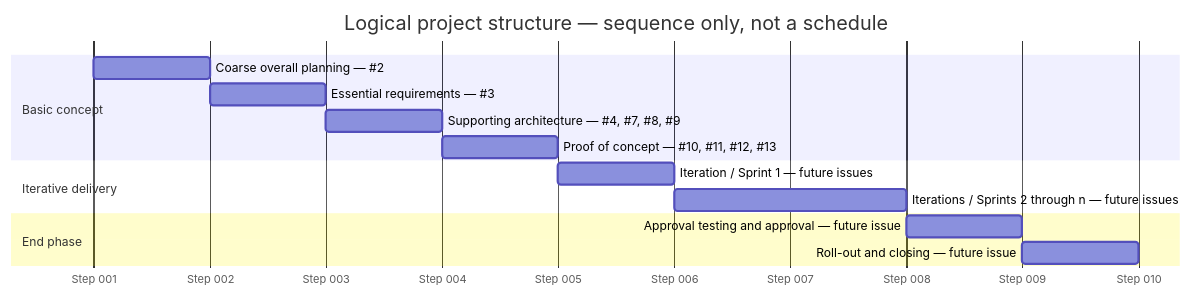
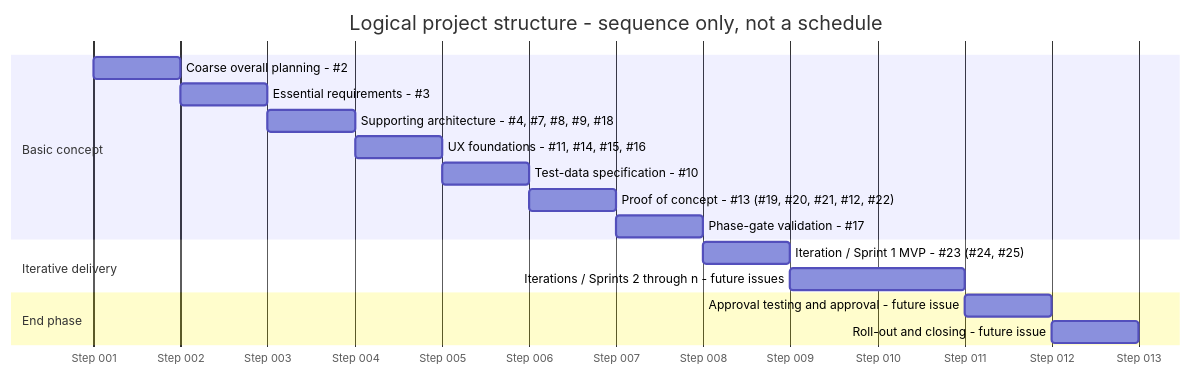
The diagram in docs/management/project-management/project-structure.mmd (hochschule-darmstadt/a3se_app), drawn with Mermaid before and after one commit. The commit also changed 2 other files, not shown here.

Commit message:
Update project issue roadmap

```diff
--- a/docs/management/project-management/project-structure.mmd
+++ b/docs/management/project-management/project-structure.mmd
@@ -1,18 +1,21 @@
 gantt
-  title Logical project structure — sequence only, not a schedule
+  title Logical project structure - sequence only, not a schedule
   dateFormat YYYY-MM-DD
   axisFormat Step %j
 
   section Basic concept
-  Coarse overall planning — #2              :plan, 2000-01-01, 1d
-  Essential requirements — #3               :requirements, after plan, 1d
-  Supporting architecture — #4, #7, #8, #9  :architecture, after requirements, 1d
-  Proof of concept — #10, #11, #12, #13      :poc, after architecture, 1d
+  Coarse overall planning - #2                       :plan, 2000-01-01, 1d
+  Essential requirements - #3                        :requirements, after plan, 1d
+  Supporting architecture - #4, #7, #8, #9, #18     :architecture, after requirements, 1d
+  UX foundations - #11, #14, #15, #16                :ux, after architecture, 1d
+  Test-data specification - #10                       :testdata, after ux, 1d
+  Proof of concept - #13 (#19, #20, #21, #12, #22)   :poc, after testdata, 1d
+  Phase-gate validation - #17                         :gate, after poc, 1d
 
   section Iterative delivery
-  Iteration / Sprint 1 — future issues        :iteration1, after poc, 1d
-  Iterations / Sprints 2 through n — future issues :iterations, after iteration1, 2d
+  Iteration / Sprint 1 MVP - #23 (#24, #25)           :iteration1, after gate, 1d
+  Iterations / Sprints 2 through n - future issues    :iterations, after iteration1, 2d
 
   section End phase
-  Approval testing and approval — future issue :approval, after iterations, 1d
-  Roll-out and closing — future issue          :closing, after approval, 1d
+  Approval testing and approval - future issue        :approval, after iterations, 1d
+  Roll-out and closing - future issue                 :closing, after approval, 1d
```
